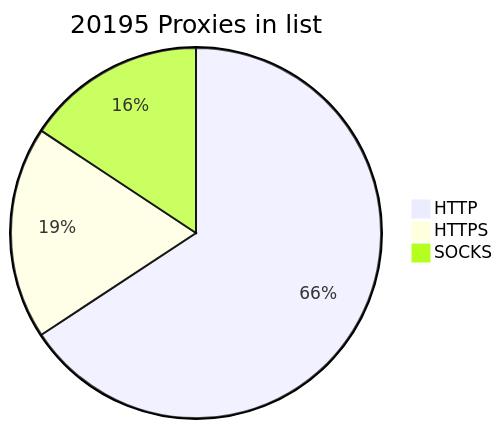
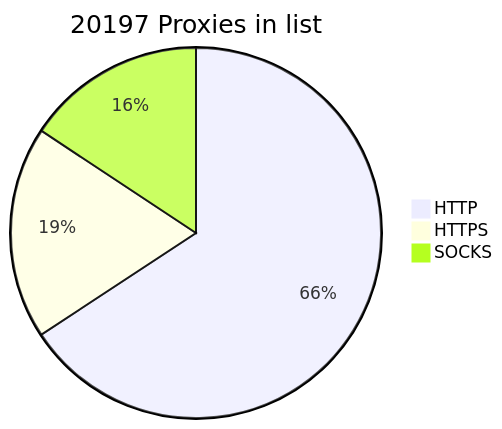
The diagram in README.md (BlackSnowDot/proxylist-update-every-minute), drawn with Mermaid before and after one commit.

````diff
--- a/README.md
+++ b/README.md
@@ -2,6 +2,6 @@
 ```mermaid
-pie title 20195 Proxies in list
-    "HTTP" : 14747
-    "HTTPS": 4165
+pie title 20197 Proxies in list
+    "HTTP" : 14750
+    "HTTPS": 4163
     "SOCKS" : 3522
 ```
````
